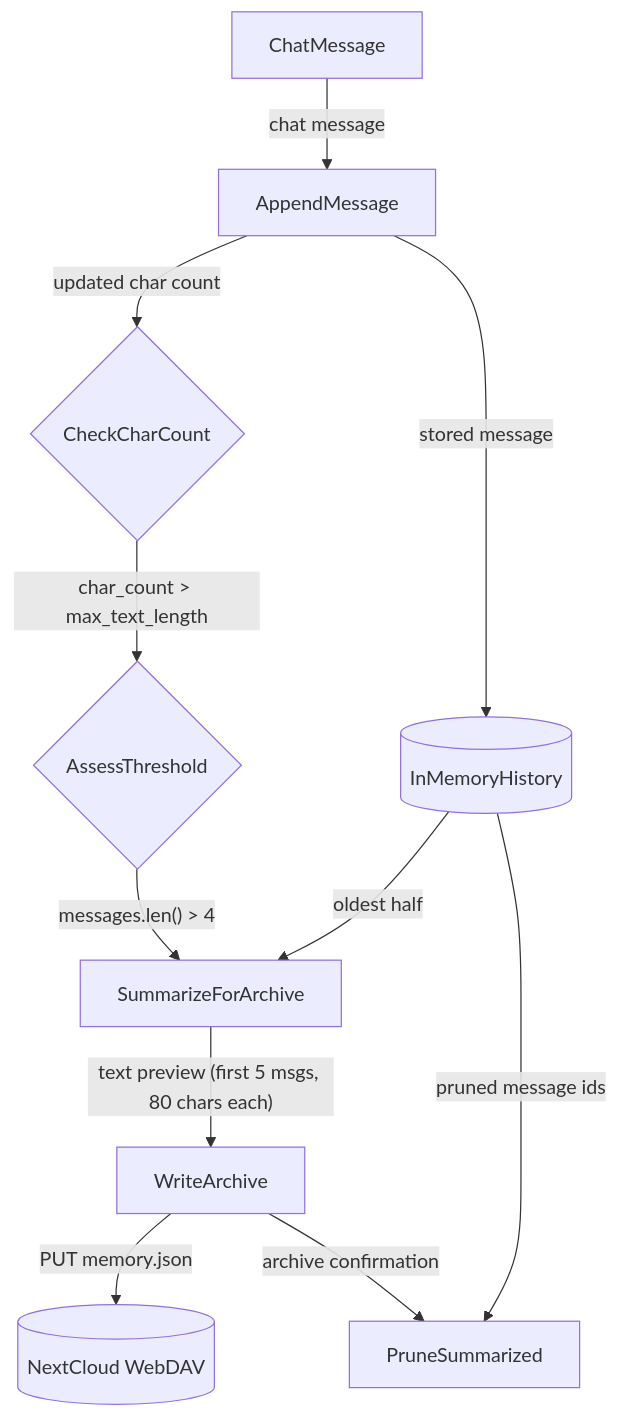
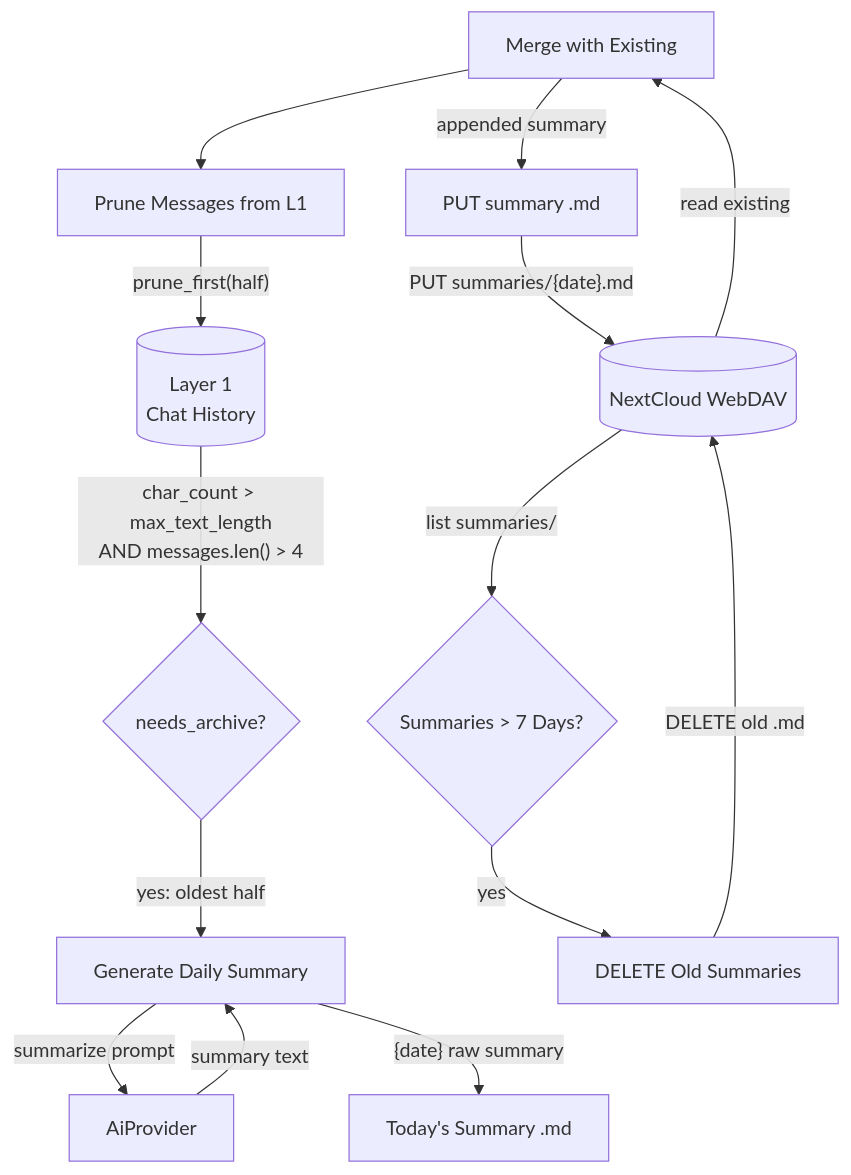
One commit to cosmoswafer/rockbot changed the second of 6 diagrams in _dfds/base/memory.md. Above: the diagram before and after it, drawn with Mermaid. The commit also changed other lines of this file and 2 other files, not shown here.

First line of the commit message:
dfd: redesign memory into three-layer architecture (chat history, daily summaries, soul)

````diff
--- a/_dfds/base/memory.md
+++ b/_dfds/base/memory.md
@@ -30,23 +72,28 @@
 ```mermaid
 flowchart TD
-    MSG[ChatMessage]
-    APPEND[AppendMessage]
-    STORE[(InMemoryHistory)]
-    COUNT{CheckCharCount}
-    THRESHOLD{AssessThreshold}
-    SUMMARIZE[SummarizeForArchive]
-    ARCHIVE[WriteArchive]
-    PRUNE[PruneSummarized]
+    L1[(Layer 1<br/>Chat History)]
+    CHECK{needs_archive?}
+    AI[AiProvider]
+    GENERATE[Generate Daily Summary]
+    TODAY[Today's Summary .md]
+    MERGE[Merge with Existing]
+    WRITE[PUT summary .md]
     WEBDAV[(NextCloud WebDAV)]
+    AGE{Summaries > 7 Days?}
+    DELETE[DELETE Old Summaries]
+    PRUNE[Prune Messages from L1]
 
-    MSG -->|"chat message"| APPEND
-    APPEND -->|"stored message"| STORE
-    APPEND -->|"updated char count"| COUNT
-    COUNT -->|"char_count > max_text_length"| THRESHOLD
-    THRESHOLD -->|"messages.len() > 4"| SUMMARIZE
-    STORE -->|"oldest half"| SUMMARIZE
-    SUMMARIZE -->|"text preview (first 5 msgs, 80 chars each)"| ARCHIVE
-    ARCHIVE -->|"PUT memory.json"| WEBDAV
-    ARCHIVE -->|"archive confirmation"| PRUNE
-    STORE -->|"pruned message ids"| PRUNE
+    L1 -->|"char_count > max_text_length<br/>AND messages.len() > 4"| CHECK
+    CHECK -->|"yes: oldest half"| GENERATE
+    GENERATE -->|"summarize prompt"| AI
+    AI -->|"summary text"| GENERATE
+    GENERATE -->|"{date} raw summary"| TODAY
+    WEBDAV -->|"read existing"| MERGE
+    MERGE -->|"appended summary"| WRITE
+    WRITE -->|"PUT summaries/{date}.md"| WEBDAV
+    MERGE --> PRUNE
+    PRUNE -->|"prune_first(half)"| L1
+    WEBDAV -->|"list summaries/"| AGE
+    AGE -->|"yes"| DELETE
+    DELETE -->|"DELETE old .md"| WEBDAV
 ```
````
